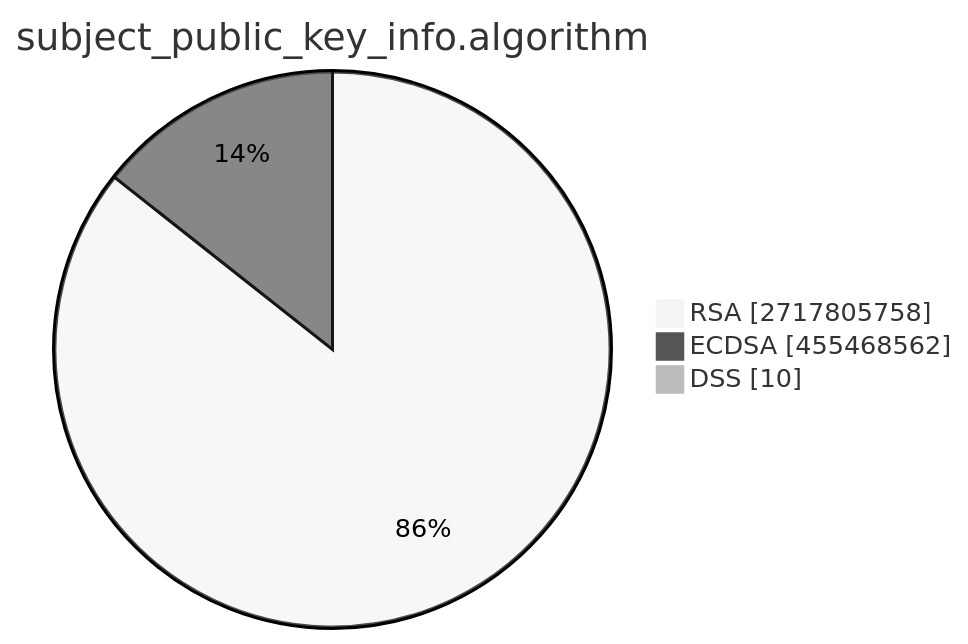
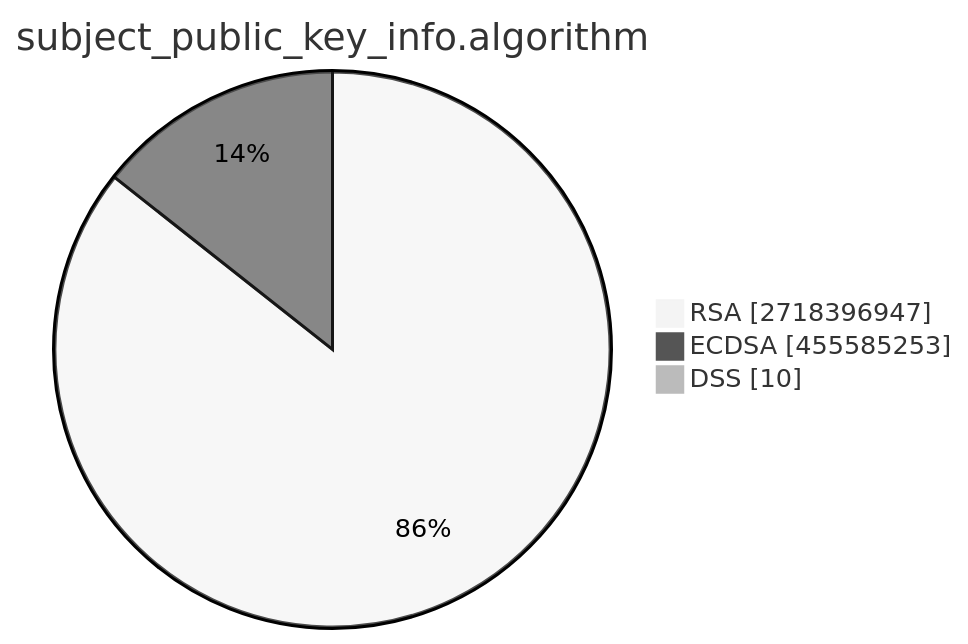
Before and after one commit to christiankrug/ctmonitor_visualization: the second of 15 diagrams in TOTAL/README.md, drawn with Mermaid (neutral theme). The commit also changed other lines of this file, not shown here.

````diff
--- a/TOTAL/README.md
+++ b/TOTAL/README.md
@@ -6,7 +6,7 @@
 ```mermaid
 pie showData
 title subject_public_key_info.algorithm
-"RSA" :2717805758
-"ECDSA" :455468562
+"RSA" :2718396947
+"ECDSA" :455585253
 "DSS" :10
 ```
````
